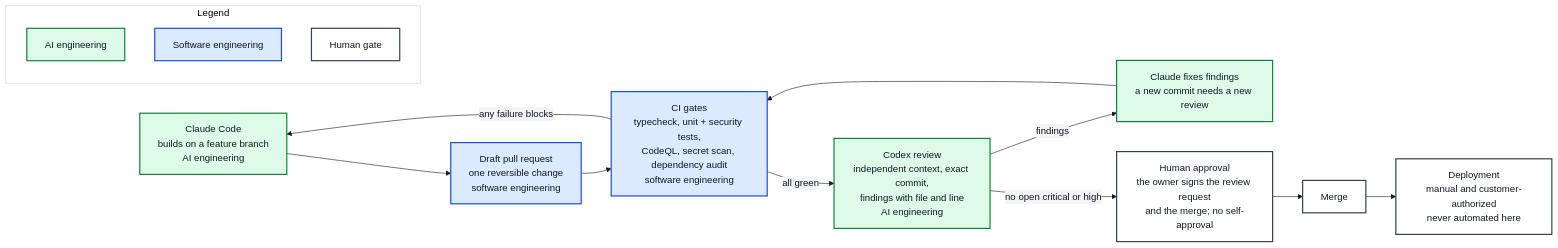
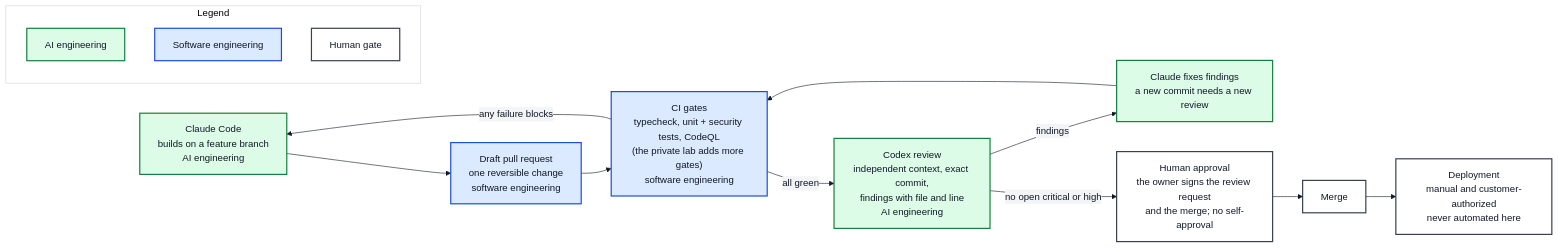
One commit to elliyeen/cac-piv-pki-authentication changed the diagram in docs/architecture/04-delivery-workflow.mmd. Above: the diagram before and after it, drawn with Mermaid. The commit also changed 7 other files, not shown here.

Commit message:
docs: correct status labels to match committed code (no audit builder; CI gates as configured)

```diff
--- a/docs/architecture/04-delivery-workflow.mmd
+++ b/docs/architecture/04-delivery-workflow.mmd
@@ -1,26 +1,26 @@
 %%{init: {'theme':'base','themeVariables':{'background':'#ffffff','primaryColor':'#ffffff','primaryTextColor':'#111827','primaryBorderColor':'#374151','lineColor':'#111827','secondaryColor':'#f3f4f6','tertiaryColor':'#ffffff','fontFamily':'Arial, Helvetica, sans-serif','fontSize':'16px','noteBkgColor':'#f3f4f6','noteTextColor':'#111827','noteBorderColor':'#374151','actorBkg':'#dbeafe','actorBorder':'#1d4ed8','actorTextColor':'#111827','signalColor':'#111827','signalTextColor':'#111827'}}}%%
 flowchart LR
   a["Claude Code<br/>builds on a feature branch<br/>AI engineering"]:::ai
   pr["Draft pull request<br/>one reversible change<br/>software engineering"]:::sw
-  ci["CI gates<br/>typecheck, unit + security tests,<br/>CodeQL, secret scan, dependency audit<br/>software engineering"]:::sw
+  ci["CI gates<br/>typecheck, unit + security tests, CodeQL<br/>(the private lab adds more gates)<br/>software engineering"]:::sw
   cx["Codex review<br/>independent context, exact commit,<br/>findings with file and line<br/>AI engineering"]:::ai
   fix["Claude fixes findings<br/>a new commit needs a new review"]:::ai
   h["Human approval<br/>the owner signs the review request<br/>and the merge; no self-approval"]:::gate
   m["Merge"]:::gate
   dep["Deployment<br/>manual and customer-authorized<br/>never automated here"]:::gate
 
   a --> pr --> ci
   ci -->|"all green"| cx
   ci -->|"any failure blocks"| a
   cx -->|"findings"| fix --> ci
   cx -->|"no open critical or high"| h --> m --> dep
 
   subgraph key["Legend"]
     k1["AI engineering"]:::ai
     k2["Software engineering"]:::sw
     k3["Human gate"]:::gate
   end
   classDef ai fill:#dcfce7,stroke:#15803d,stroke-width:2px,color:#111827
   classDef sw fill:#dbeafe,stroke:#1d4ed8,stroke-width:2px,color:#111827
   classDef gate fill:#ffffff,stroke:#374151,stroke-width:2px,color:#111827
   style key fill:#ffffff,stroke:#d1d5db
```
